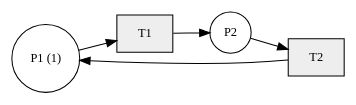
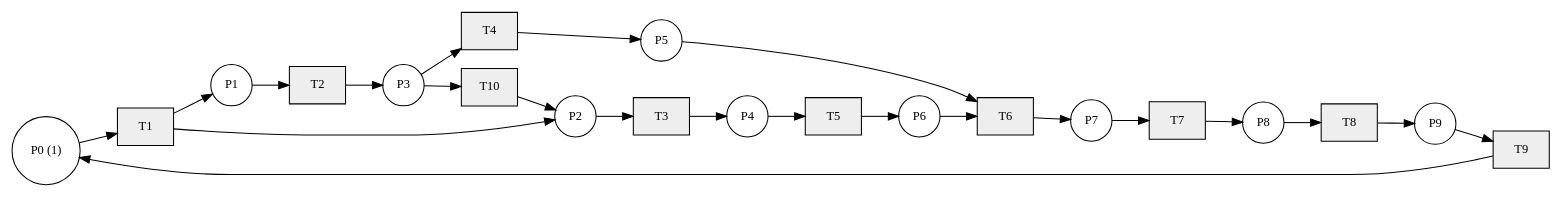
One commit to kimanh05/MHH-Petri-Nets changed the diagram in visualization/petrinet.dot. Above: the diagram before and after it, drawn with Graphviz. The commit also changed 17 other files, not shown here.

```diff
--- a/visualization/petrinet.dot
+++ b/visualization/petrinet.dot
@@ -1,12 +1,46 @@
 digraph PetriNet {
     rankdir=LR;
     node [fontsize=12];
-    "P1" [shape=circle, label="P1 (1)"];
+    "P0" [shape=circle, label="P0 (1)"];
+    "P1" [shape=circle, label="P1"];
     "P2" [shape=circle, label="P2"];
+    "P3" [shape=circle, label="P3"];
+    "P4" [shape=circle, label="P4"];
+    "P5" [shape=circle, label="P5"];
+    "P6" [shape=circle, label="P6"];
+    "P7" [shape=circle, label="P7"];
+    "P8" [shape=circle, label="P8"];
+    "P9" [shape=circle, label="P9"];
     "T1" [shape=box, style=filled, fillcolor="#eeeeee"];
     "T2" [shape=box, style=filled, fillcolor="#eeeeee"];
-    "P1" -> "T1";
+    "T3" [shape=box, style=filled, fillcolor="#eeeeee"];
+    "T4" [shape=box, style=filled, fillcolor="#eeeeee"];
+    "T5" [shape=box, style=filled, fillcolor="#eeeeee"];
+    "T6" [shape=box, style=filled, fillcolor="#eeeeee"];
+    "T7" [shape=box, style=filled, fillcolor="#eeeeee"];
+    "T8" [shape=box, style=filled, fillcolor="#eeeeee"];
+    "T9" [shape=box, style=filled, fillcolor="#eeeeee"];
+    "T10" [shape=box, style=filled, fillcolor="#eeeeee"];
+    "P0" -> "T1";
+    "T1" -> "P1";
     "T1" -> "P2";
-    "P2" -> "T2";
-    "T2" -> "P1";
+    "P1" -> "T2";
+    "T2" -> "P3";
+    "P2" -> "T3";
+    "T3" -> "P4";
+    "P3" -> "T4";
+    "T4" -> "P5";
+    "P4" -> "T5";
+    "T5" -> "P6";
+    "P5" -> "T6";
+    "P6" -> "T6";
+    "T6" -> "P7";
+    "P7" -> "T7";
+    "T7" -> "P8";
+    "P8" -> "T8";
+    "T8" -> "P9";
+    "P9" -> "T9";
+    "T9" -> "P0";
+    "P3" -> "T10";
+    "T10" -> "P2";
 }
```
